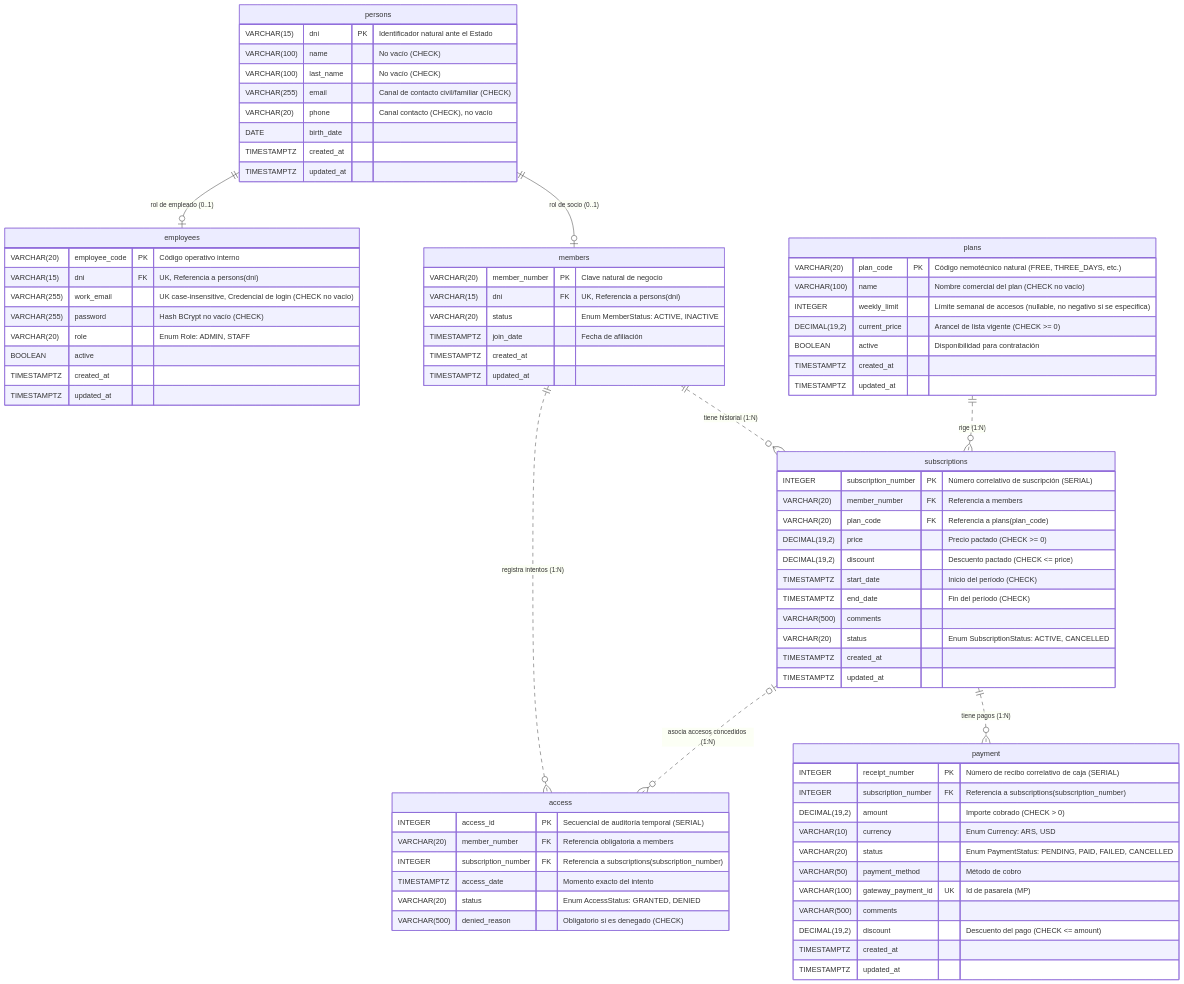
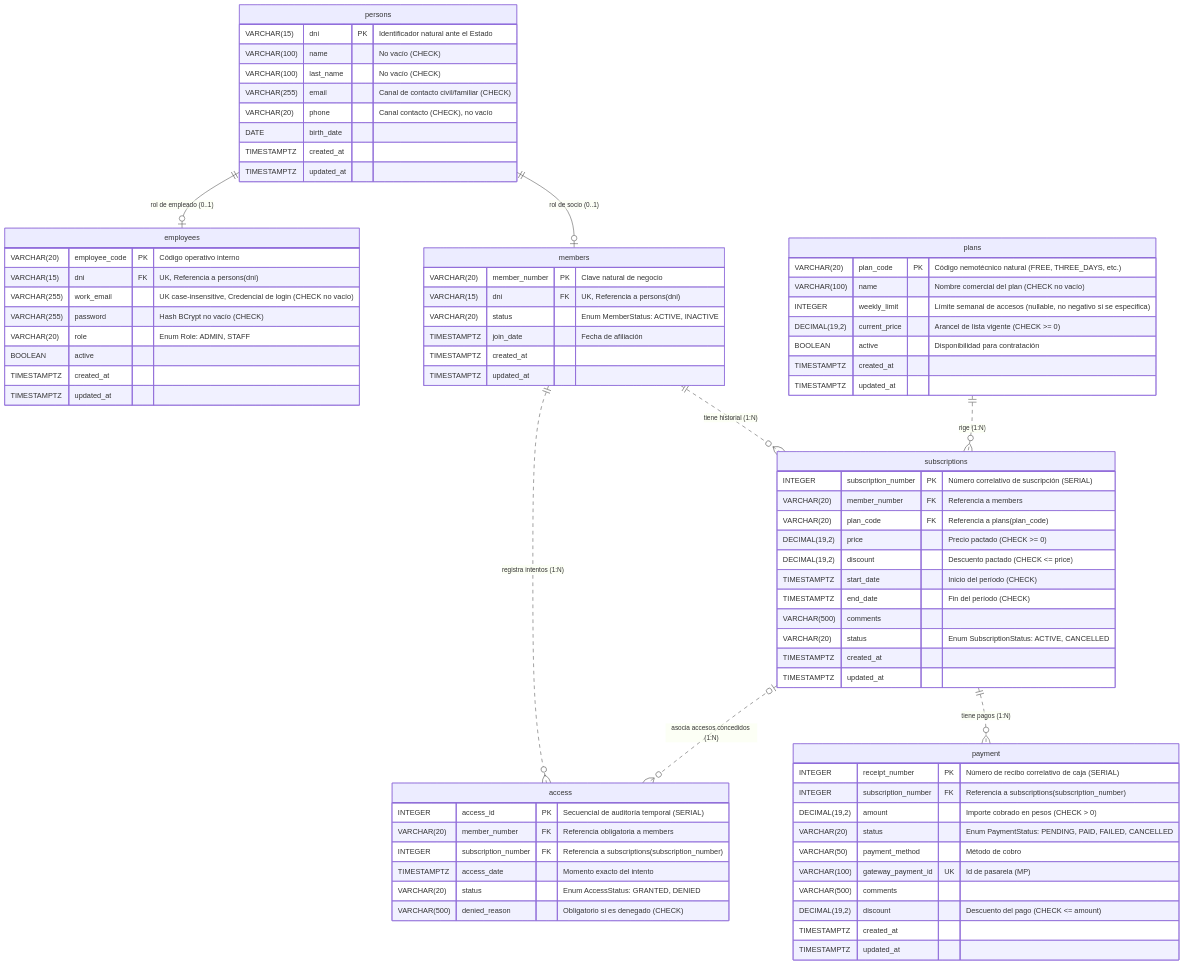
One commit to santiagovOK/TFI_grupo144 changed the second of 2 diagrams in docs/entidades.md. Above: the diagram before and after it, drawn with Mermaid. The commit also changed other lines of this file and 3 other files, not shown here.

Commit message:
refactor(schema): cobrar solo en pesos y sacar Currency

````diff
--- a/docs/entidades.md
+++ b/docs/entidades.md
@@ -94,81 +94,80 @@
 ```mermaid
 erDiagram
     persons {
         VARCHAR(15) dni PK "Identificador natural ante el Estado"
         VARCHAR(100) name "No vacío (CHECK)"
         VARCHAR(100) last_name "No vacío (CHECK)"
         VARCHAR(255) email "Canal de contacto civil/familiar (CHECK)"
         VARCHAR(20) phone "Canal contacto (CHECK), no vacío"
         DATE birth_date
         TIMESTAMPTZ created_at
         TIMESTAMPTZ updated_at
     }
     members {
         VARCHAR(20) member_number PK "Clave natural de negocio"
         VARCHAR(15) dni FK "UK, Referencia a persons(dni)"
         VARCHAR(20) status "Enum MemberStatus: ACTIVE, INACTIVE"
         TIMESTAMPTZ join_date "Fecha de afiliación"
         TIMESTAMPTZ created_at
         TIMESTAMPTZ updated_at
     }
     employees {
         VARCHAR(20) employee_code PK "Código operativo interno"
         VARCHAR(15) dni FK "UK, Referencia a persons(dni)"
         VARCHAR(255) work_email "UK case-insensitive, Credencial de login (CHECK no vacío)"
         VARCHAR(255) password "Hash BCrypt no vacío (CHECK)"
         VARCHAR(20) role "Enum Role: ADMIN, STAFF"
         BOOLEAN active
         TIMESTAMPTZ created_at
         TIMESTAMPTZ updated_at
     }
     plans {
         VARCHAR(20) plan_code PK "Código nemotécnico natural (FREE, THREE_DAYS, etc.)"
         VARCHAR(100) name "Nombre comercial del plan (CHECK no vacío)"
         INTEGER weekly_limit "Límite semanal de accesos (nullable, no negativo si se especifica)"
         DECIMAL(19,2) current_price "Arancel de lista vigente (CHECK >= 0)"
         BOOLEAN active "Disponibilidad para contratación"
         TIMESTAMPTZ created_at
         TIMESTAMPTZ updated_at
     }
     subscriptions {
         INTEGER subscription_number PK "Número correlativo de suscripción (SERIAL)"
         VARCHAR(20) member_number FK "Referencia a members"
         VARCHAR(20) plan_code FK "Referencia a plans(plan_code)"
         DECIMAL(19,2) price "Precio pactado (CHECK >= 0)"
         DECIMAL(19,2) discount "Descuento pactado (CHECK <= price)"
         TIMESTAMPTZ start_date "Inicio del período (CHECK)"
         TIMESTAMPTZ end_date "Fin del período (CHECK)"
         VARCHAR(500) comments
         VARCHAR(20) status "Enum SubscriptionStatus: ACTIVE, CANCELLED"
         TIMESTAMPTZ created_at
         TIMESTAMPTZ updated_at
     }
     payment {
         INTEGER receipt_number PK "Número de recibo correlativo de caja (SERIAL)"
         INTEGER subscription_number FK "Referencia a subscriptions(subscription_number)"
-        DECIMAL(19,2) amount "Importe cobrado (CHECK > 0)"
-        VARCHAR(10) currency "Enum Currency: ARS, USD"
+        DECIMAL(19,2) amount "Importe cobrado en pesos (CHECK > 0)"
         VARCHAR(20) status "Enum PaymentStatus: PENDING, PAID, FAILED, CANCELLED"
         VARCHAR(50) payment_method "Método de cobro"
         VARCHAR(100) gateway_payment_id UK "Id de pasarela (MP)"
         VARCHAR(500) comments
         DECIMAL(19,2) discount "Descuento del pago (CHECK <= amount)"
         TIMESTAMPTZ created_at
         TIMESTAMPTZ updated_at
     }
     access {
         INTEGER access_id PK "Secuencial de auditoría temporal (SERIAL)"
         VARCHAR(20) member_number FK "Referencia obligatoria a members"
         INTEGER subscription_number FK "Referencia a subscriptions(subscription_number)"
         TIMESTAMPTZ access_date "Momento exacto del intento"
         VARCHAR(20) status "Enum AccessStatus: GRANTED, DENIED"
         VARCHAR(500) denied_reason "Obligatorio si es denegado (CHECK)"
     }
     persons ||--|o members : "rol de socio (0..1)"
     persons ||--|o employees : "rol de empleado (0..1)"
     plans ||..o{ subscriptions : "rige (1:N)"
     members ||..o{ subscriptions : "tiene historial (1:N)"
     members ||..o{ access : "registra intentos (1:N)"
     subscriptions ||..o{ payment : "tiene pagos (1:N)"
     subscriptions |o..o{ access : "asocia accesos concedidos (1:N)"
 ```
````
